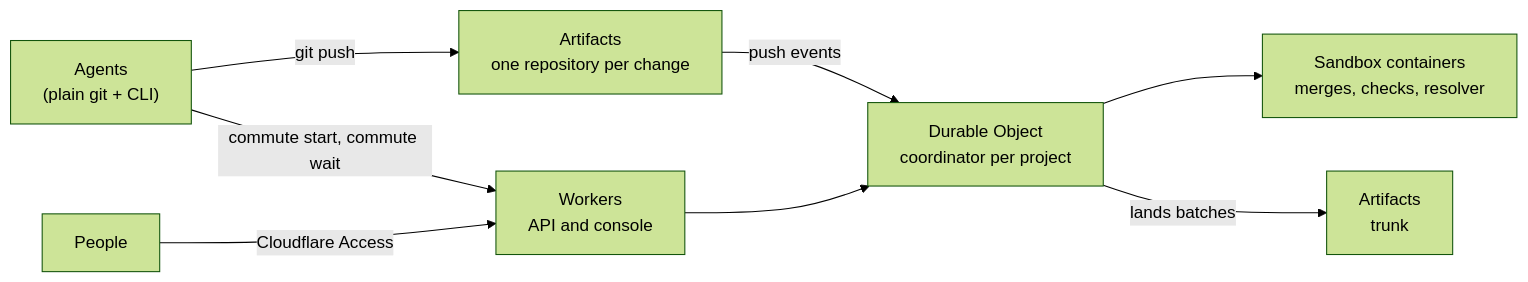
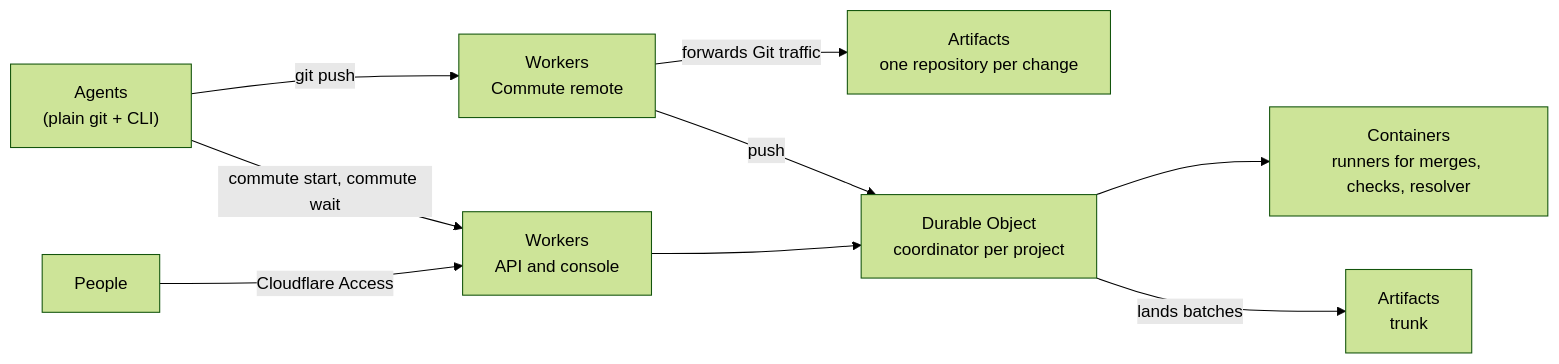
The second of 2 diagrams in README.md (lucrise-llc/commute), drawn with Mermaid (forest theme) before and after one commit. The commit also changed other lines of this file and 19 other files, not shown here.

````diff
--- a/README.md
+++ b/README.md
@@ -162,10 +164,11 @@
 ```mermaid
 flowchart LR
-    agents["Agents<br/>(plain git + CLI)"] -->|git push| repos["Artifacts<br/>one repository per change"]
+    agents["Agents<br/>(plain git + CLI)"] -->|git push| remote["Workers<br/>Commute remote"]
+    remote -->|forwards Git traffic| repos["Artifacts<br/>one repository per change"]
+    remote -->|push| coord
     agents -->|commute start, commute wait| api["Workers<br/>API and console"]
     api --> coord["Durable Object<br/>coordinator per project"]
-    repos -->|push events| coord
-    coord --> sandbox["Sandbox containers<br/>merges, checks, resolver"]
+    coord --> runners["Containers<br/>runners for merges, checks, resolver"]
     coord -->|lands batches| trunk["Artifacts<br/>trunk"]
     people["People"] -->|Cloudflare Access| api
 ```
````
